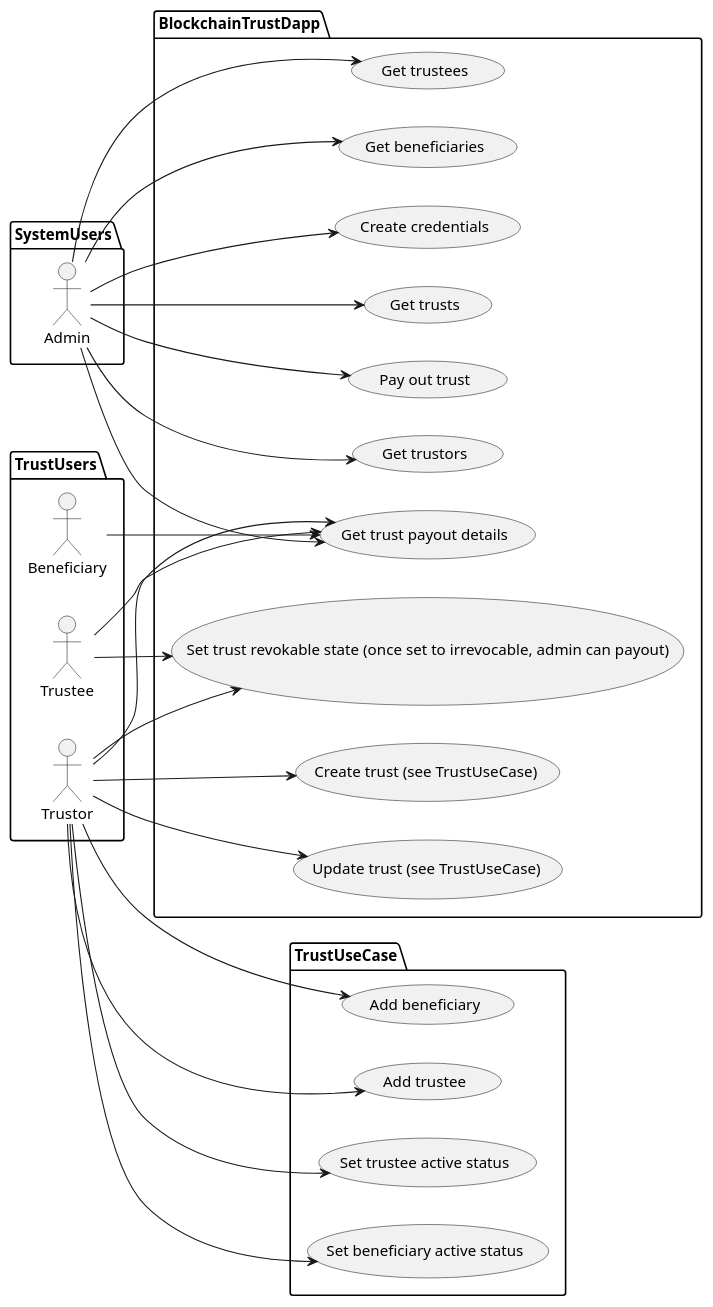
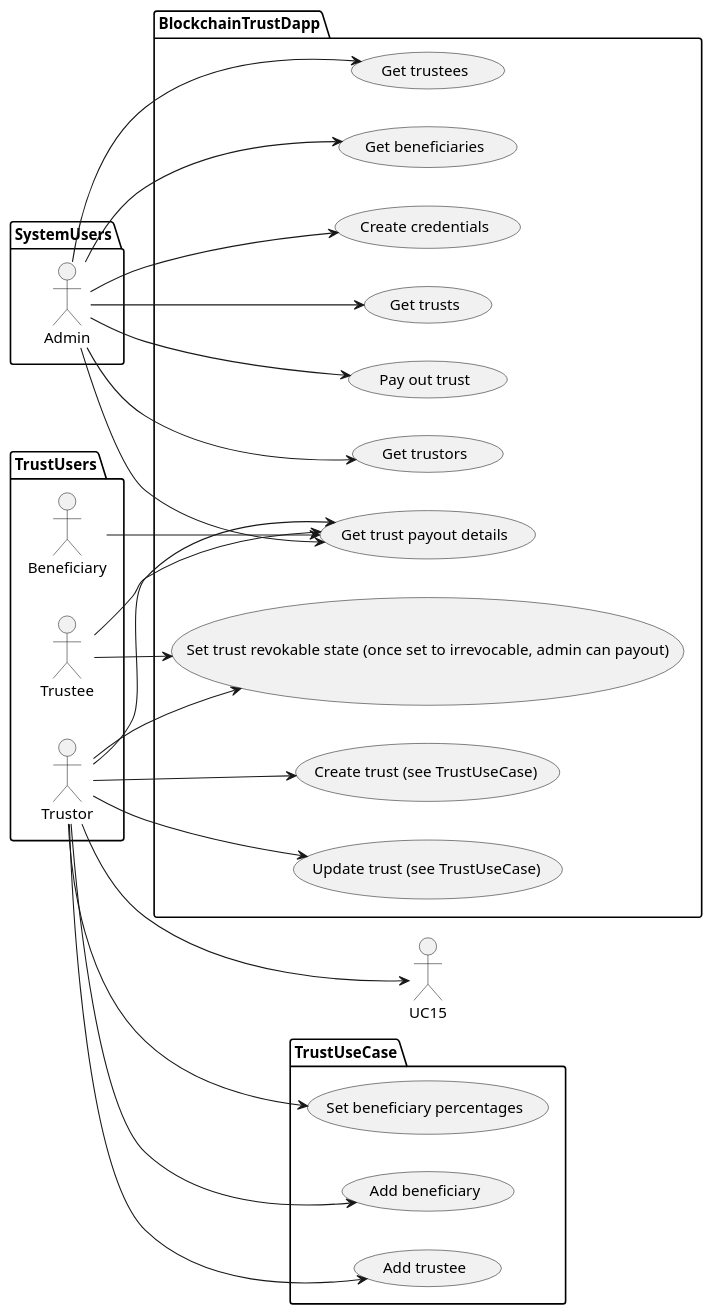
The diagram in public/proposal.puml (charmas3r/estate-planner), drawn with PlantUML before and after one commit. The commit also changed 1 other file, not shown here.

Commit message:
final diagrams

```diff
--- a/public/proposal.puml
+++ b/public/proposal.puml
@@ -1,53 +1,52 @@
 @startuml
 left to right direction
 
 package SystemUsers {
 actor Admin as a
 }
 
 package TrustUsers {
 actor Trustor as to
 actor Trustee as te
 actor Beneficiary as b
 }
 
 package BlockchainTrustDapp {
   usecase "Create trust (see TrustUseCase)" as UC1
   usecase "Update trust (see TrustUseCase)" as UC2
   usecase "Set trust revokable state (once set to irrevocable, admin can payout)" as UC3
   usecase "Get trust payout details" as UC4
   usecase "Pay out trust" as UC5
   usecase "Get trustors" as UC8
   usecase "Get trustees" as UC9
   usecase "Get beneficiaries" as UC10
   usecase "Create credentials" as UC11
   usecase "Get trusts" as UC13
 }
 
 package TrustUseCase {
   usecase "Add beneficiary" as UC6
   usecase "Add trustee" as UC14
-  usecase "Set trustee active status" as UC15
-  usecase "Set beneficiary active status" as UC7
+  usecase "Set beneficiary percentages" as UC7
 }
 
 a --> UC8
 a --> UC9
 a --> UC10
 a --> UC11
 a --> UC13
 a --> UC4
 to --> UC1
 to --> UC2
 te --> UC3
 to --> UC4
 te --> UC4
 b --> UC4
 a --> UC5
 to --> UC6
 to --> UC7
 to --> UC3
 to --> UC14
 to --> UC15
 
 @enduml
```
